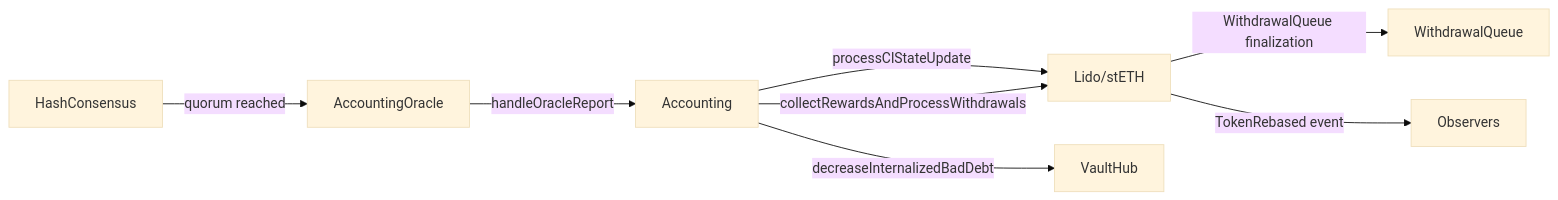
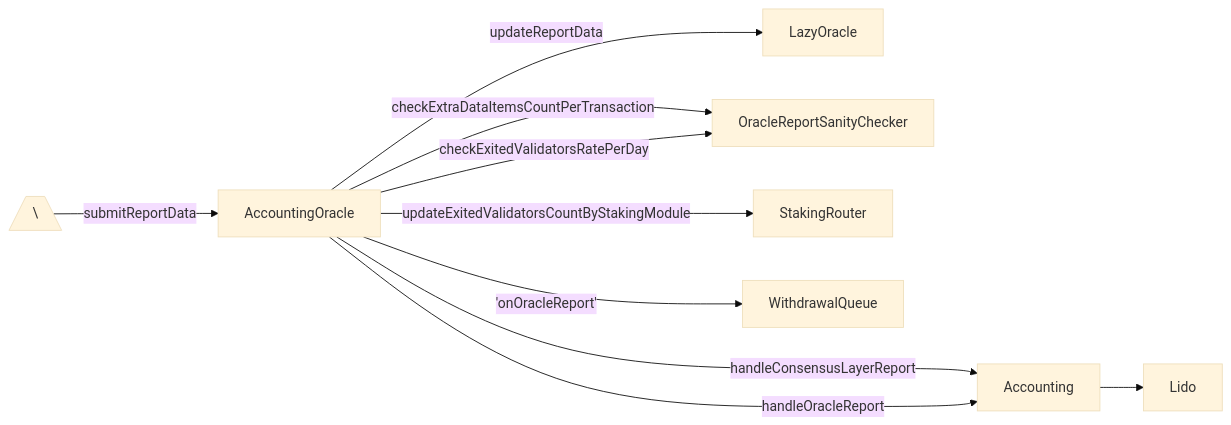
One commit to lidofinance/docs changed the diagram in docs/token-guides/steth-superuser-functions.md. Above: the diagram before and after it, drawn with Mermaid (base theme). The commit also changed other lines of this file and 1 other file, not shown here.

````diff
--- a/docs/token-guides/steth-superuser-functions.md
+++ b/docs/token-guides/steth-superuser-functions.md
@@ -126,10 +127,10 @@
 ```mermaid
 graph LR;
-  HC[HashConsensus]--quorum reached-->AO[AccountingOracle];
-  AO--handleOracleReport-->A[Accounting];
-  A--processClStateUpdate-->L[Lido/stETH];
-  A--collectRewardsAndProcessWithdrawals-->L;
-  A--decreaseInternalizedBadDebt-->VH[VaultHub];
-  L--WithdrawalQueue finalization-->WQ[WithdrawalQueue];
-  L--TokenRebased event-->Observers;
+  A[/  \\]--submitReportData-->AccountingOracle--handleConsensusLayerReport--->Accounting;
+  AccountingOracle--updateReportData-->LazyOracle;
+  AccountingOracle--handleOracleReport-->Accounting-->Lido;
+  AccountingOracle--checkExtraDataItemsCountPerTransaction-->OracleReportSanityChecker;
+  AccountingOracle--updateExitedValidatorsCountByStakingModule-->StakingRouter;
+  AccountingOracle--checkExitedValidatorsRatePerDay-->OracleReportSanityChecker;
+  AccountingOracle--'onOracleReport'-->WithdrawalQueue;
 ```
````
